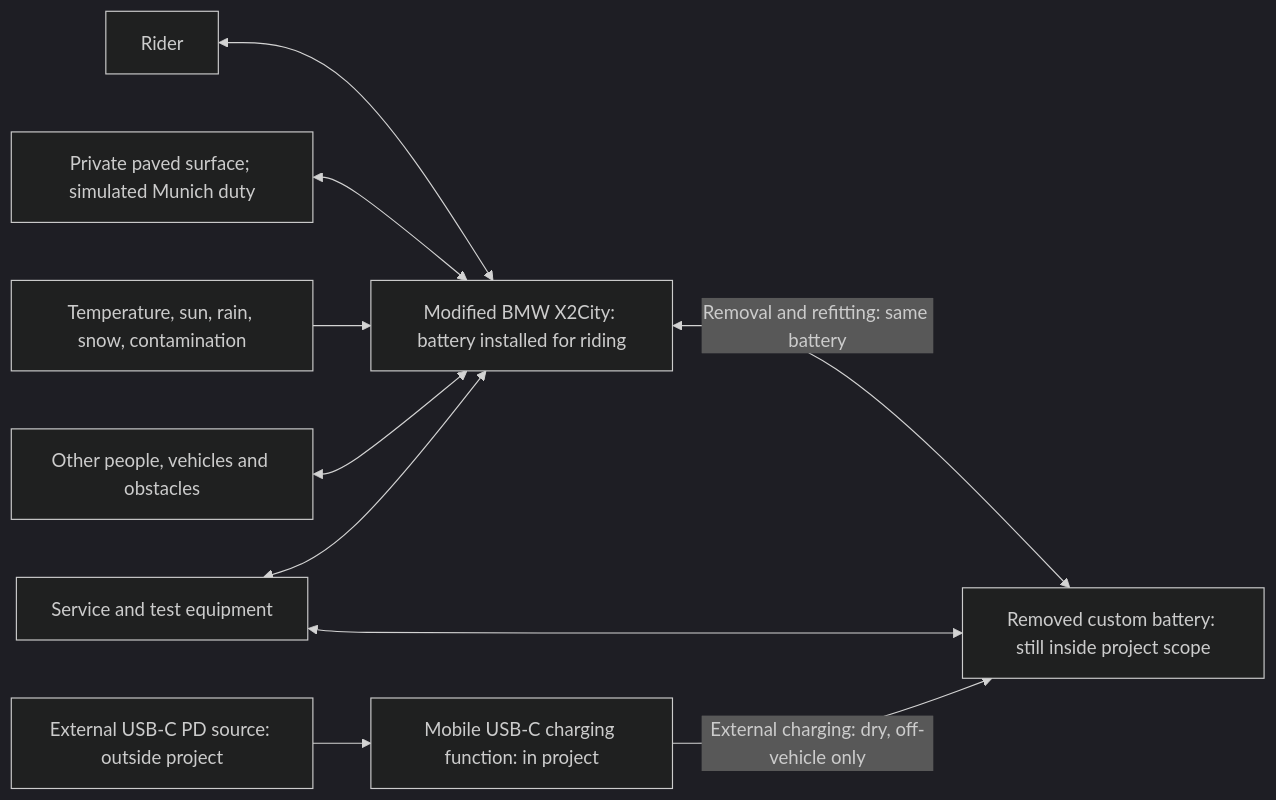
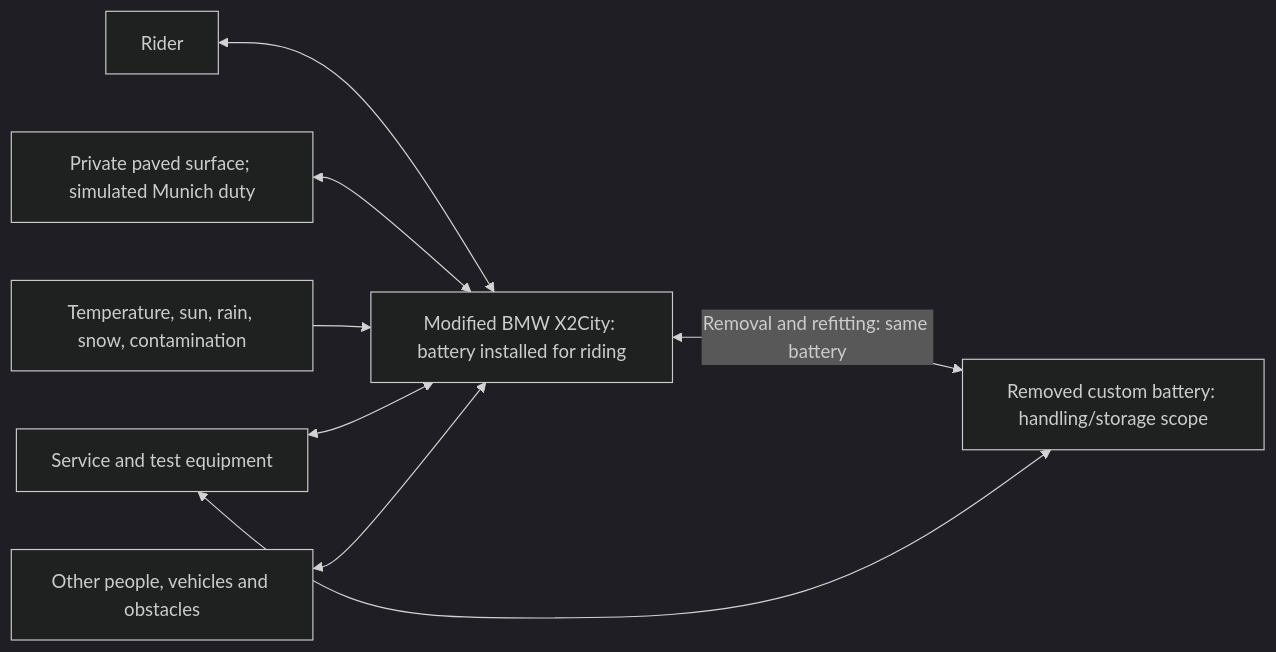
Before and after one commit to dhellhake/X2CityMCU: the diagram in README.md, drawn with Mermaid (dark theme). The commit also changed other lines of this file and 150 other files, not shown here.

Commit message:
Intermediate state of Requirements and Architecture Definition phase

````diff
--- a/README.md
+++ b/README.md
@@ -194,12 +188,10 @@
 ```mermaid
 flowchart LR
     Rider["Rider"] <--> Vehicle["Modified BMW X2City: battery installed for riding"]
     Surface["Private paved surface; simulated Munich duty"] <--> Vehicle
     Weather["Temperature, sun, rain, snow, contamination"] --> Vehicle
-    Vehicle <-->|"Removal and refitting: same battery"| Pack["Removed custom battery: still inside project scope"]
-    Source["External USB-C PD source: outside project"] --> Charger["Mobile USB-C charging function: in project"]
-    Charger -->|"External charging: dry, off-vehicle only"| Pack
+    Vehicle <-->|"Removal and refitting: same battery"| Pack["Removed custom battery: handling/storage scope"]
     Tools["Service and test equipment"] <--> Vehicle
     Tools <--> Pack
     People["Other people, vehicles and obstacles"] <--> Vehicle
 ```
````
